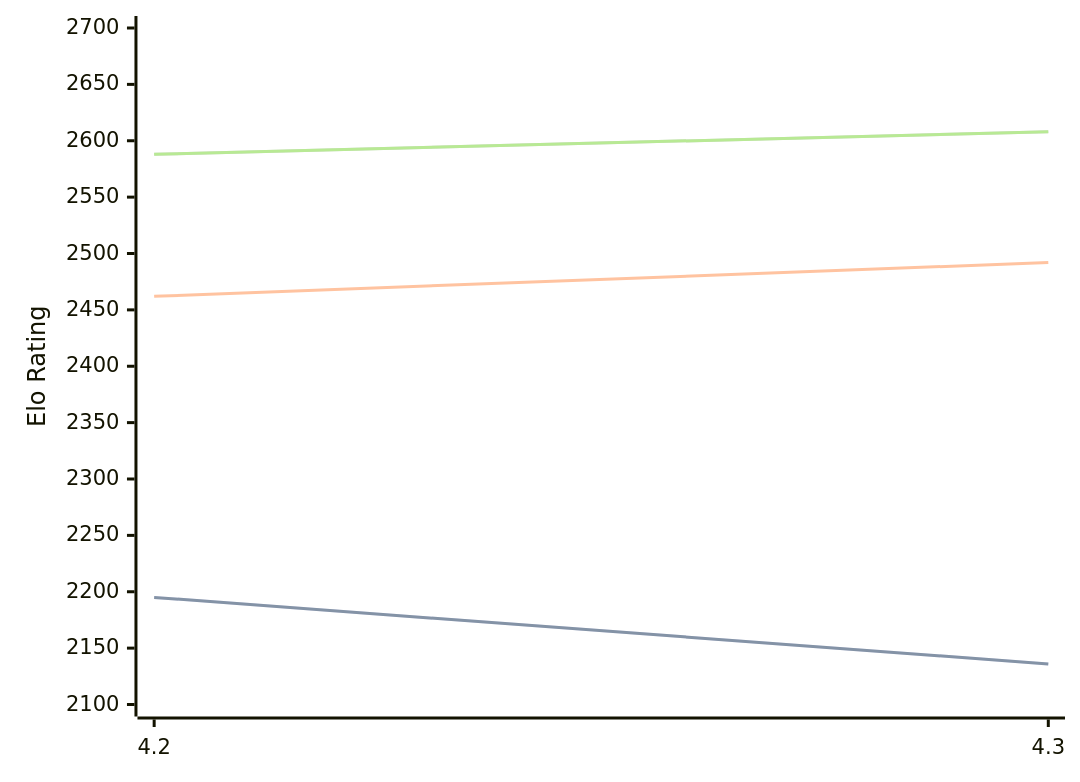
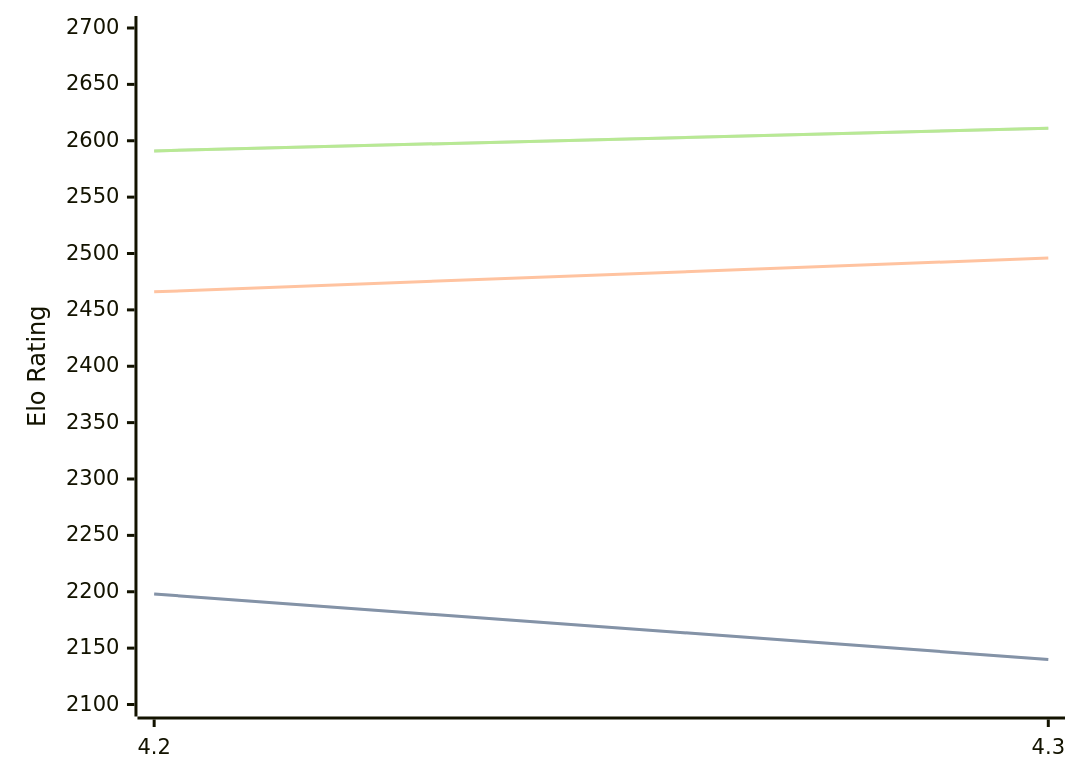
One commit to computer-chess-index/cci changed the diagram in engines/Eubos.md. Above: the diagram before and after it, drawn with Mermaid. The commit also changed other lines of this file, not shown here.

Commit message:
Update CCI Ratings (ELO VLTC) - 2026-04-30

````diff
--- a/engines/Eubos.md
+++ b/engines/Eubos.md
@@ -88,11 +88,11 @@
 ```mermaid
 %%{init: {"theme":"base","themeVariables":{"seriesColors:['#a3a3a3','#222221','#faa371']}}}%%
 xychart-beta
   x-axis ["4.2", "4.3"]
   y-axis "Elo Rating" 2100 --> 2700
-  line "STC (8.0+0.08s)" [2195, 2136]
-  line "STC (8.0+0.08s)" [2195, 2136]
-  line "LTC (60.0+0.60s)" [2462, 2492]
-  line "VLTC (2m24s+1.12s)" [2588, 2608]
-  line "VLTC (2m24s+1.12s)" [2588, 2608]
+  line "STC (8.0+0.08s)" [2198, 2140]
+  line "STC (8.0+0.08s)" [2198, 2140]
+  line "LTC (60.0+0.60s)" [2466, 2496]
+  line "VLTC (2m24s+1.12s)" [2591, 2611]
+  line "VLTC (2m24s+1.12s)" [2591, 2611]
 ```
````
